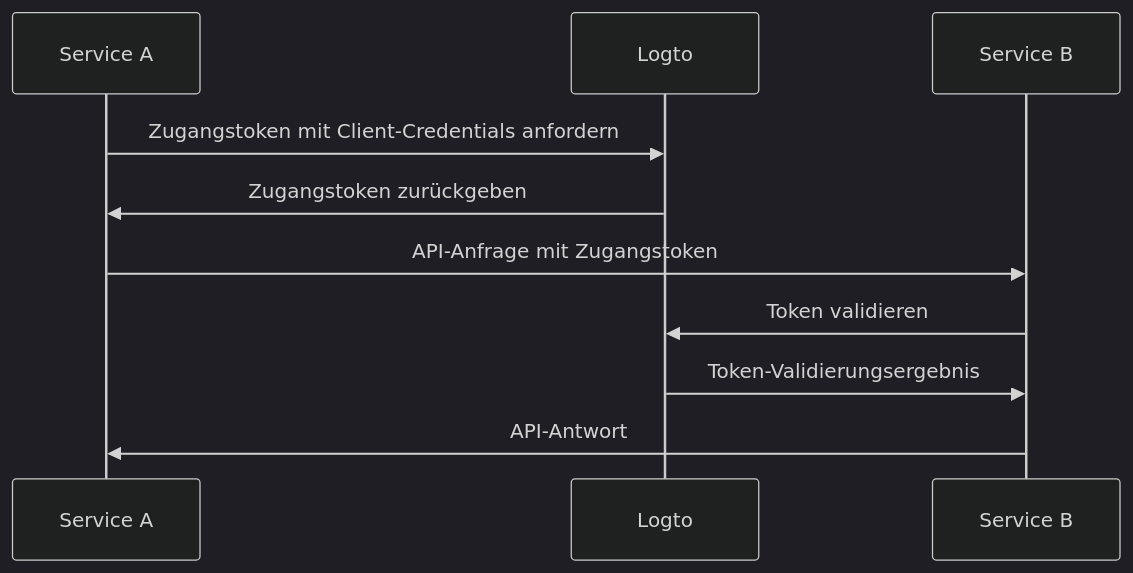
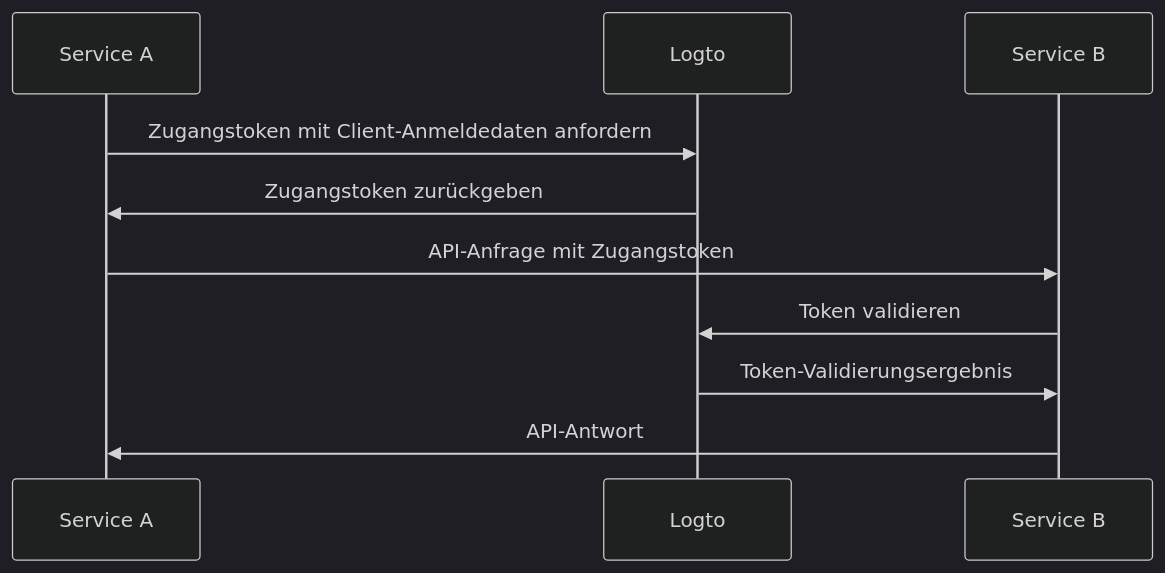
The second of 2 diagrams in i18n/de/docusaurus-plugin-content-docs/current/integrate-logto/integrate-logto-into-your-application/understand-authentication-flow.mdx (logto-io/docs), drawn with Mermaid (dark theme) before and after one commit. The commit also changed other lines of this file and 174 other files, not shown here.

````diff
--- a/i18n/de/docusaurus-plugin-content-docs/current/integrate-logto/integrate-logto-into-your-application/understand-authentication-flow.mdx
+++ b/i18n/de/docusaurus-plugin-content-docs/current/integrate-logto/integrate-logto-into-your-application/understand-authentication-flow.mdx
@@ -37,13 +42,13 @@
 ```mermaid
 sequenceDiagram
     participant Service A
     participant Logto
     participant Service B
 
-    Service A->>Logto: Zugangstoken mit Client-Credentials anfordern
+    Service A->>Logto: Zugangstoken mit Client-Anmeldedaten anfordern
     Logto->>Service A: Zugangstoken zurückgeben
     Service A->>Service B: API-Anfrage mit Zugangstoken
     Service B->>Logto: Token validieren
     Logto->>Service B: Token-Validierungsergebnis
     Service B->>Service A: API-Antwort
 ```
````
